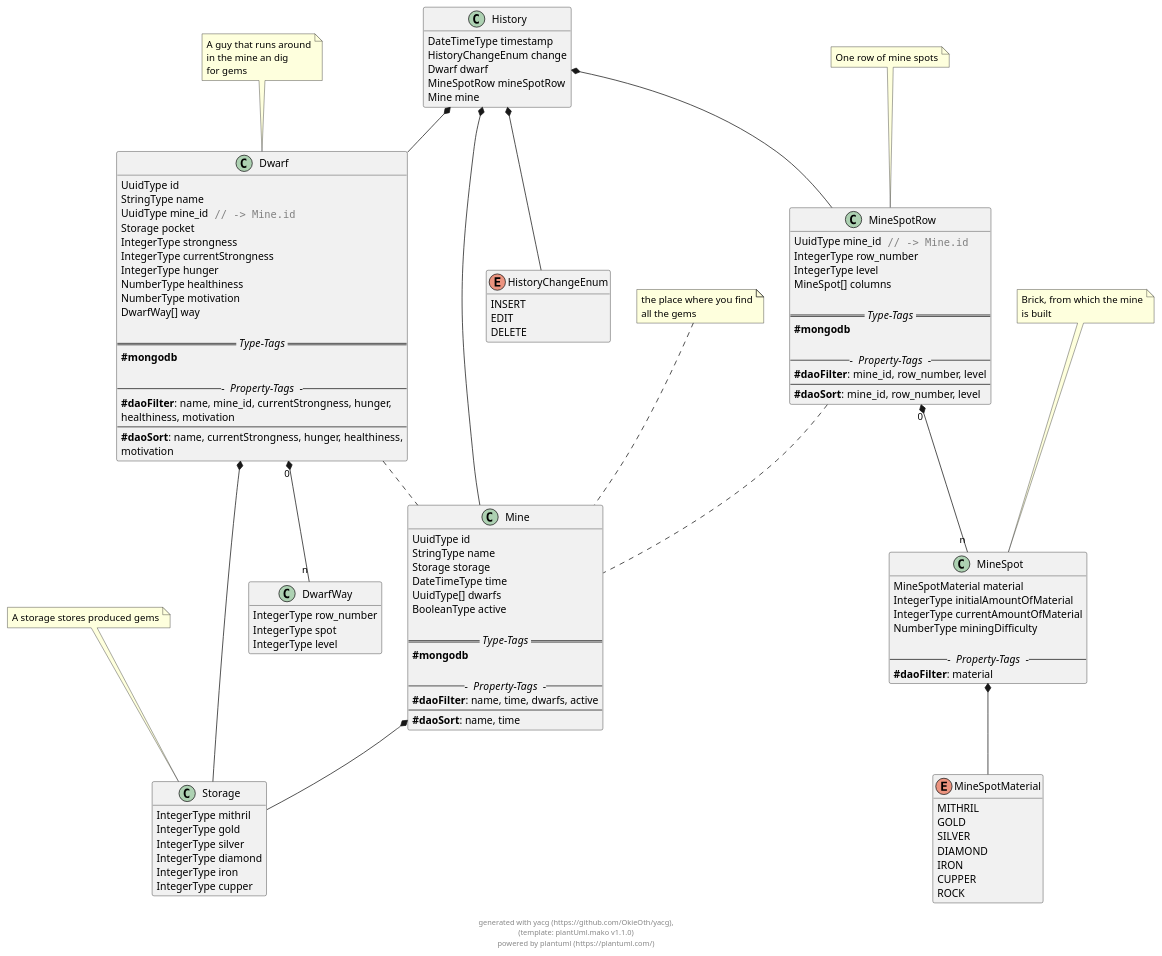
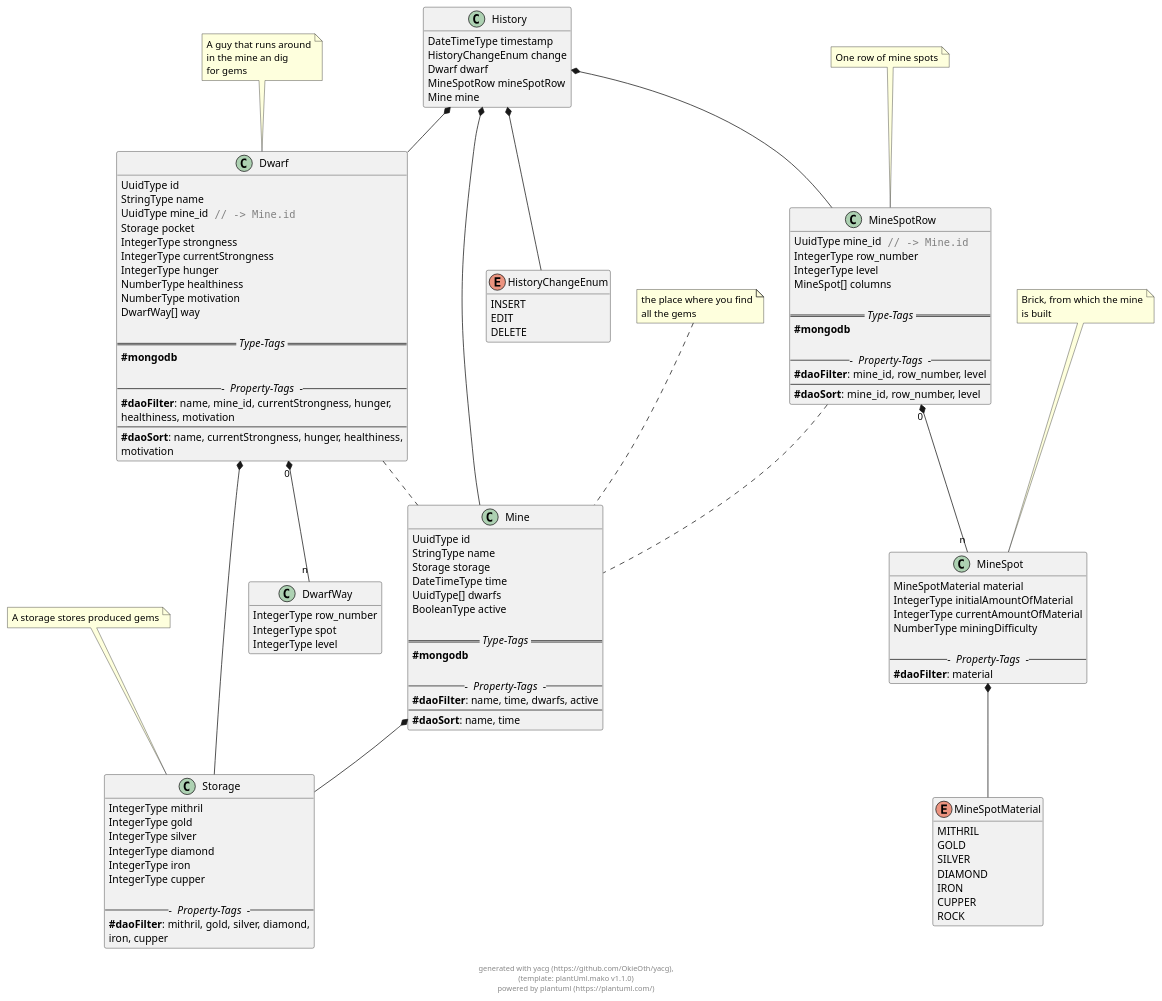
The diagram in docs/generated/nibelheim.puml (OkieOth/nibelheim_ts), drawn with PlantUML before and after one commit. The commit also changed 2 other files, not shown here.

Commit message:
refactor dao_find_types template

```diff
--- a/docs/generated/nibelheim.puml
+++ b/docs/generated/nibelheim.puml
@@ -2,197 +2,200 @@
 @startuml
 hide empty methods
 
 class Mine {
         UuidType id
         StringType name
         Storage storage
         DateTimeType time
         UuidType[] dwarfs
         BooleanType active
 
         == // Type-Tags // ==
         **#mongodb**
         
         --- // Property-Tags // ---
         **#daoFilter**: name, time, dwarfs, active
         --
         **#daoSort**: name, time
 }
 
 note top: the place where you find\nall the gems
 
 class Storage {
         IntegerType mithril
         IntegerType gold
         IntegerType silver
         IntegerType diamond
         IntegerType iron
         IntegerType cupper
         
+        --- // Property-Tags // ---
+        **#daoFilter**: mithril, gold, silver, diamond, 
+iron, cupper
 }
 
 note top: A storage stores produced gems
 
 enum MineSpotMaterial {
     MITHRIL
     GOLD
     SILVER
     DIAMOND
     IRON
     CUPPER
     ROCK
 }
 
 
 class MineSpot {
         MineSpotMaterial material
         IntegerType initialAmountOfMaterial
         IntegerType currentAmountOfMaterial
         NumberType miningDifficulty
         
         --- // Property-Tags // ---
         **#daoFilter**: material
 }
 
 note top: Brick, from which the mine\nis built
 
 class MineSpotRow {
         UuidType mine_id<color:grey>"" // -> Mine.id""</color>
         IntegerType row_number
         IntegerType level
         MineSpot[] columns
 
         == // Type-Tags // ==
         **#mongodb**
         
         --- // Property-Tags // ---
         **#daoFilter**: mine_id, row_number, level
         --
         **#daoSort**: mine_id, row_number, level
 }
 
 note top: One row of mine spots
 
 class Dwarf {
         UuidType id
         StringType name
         UuidType mine_id<color:grey>"" // -> Mine.id""</color>
         Storage pocket
         IntegerType strongness
         IntegerType currentStrongness
         IntegerType hunger
         NumberType healthiness
         NumberType motivation
         DwarfWay[] way
 
         == // Type-Tags // ==
         **#mongodb**
         
         --- // Property-Tags // ---
         **#daoFilter**: name, mine_id, currentStrongness, hunger, 
 healthiness, motivation
         --
         **#daoSort**: name, currentStrongness, hunger, healthiness, 
 motivation
 }
 
 note top: A guy that runs around\nin the mine an dig\nfor gems
 
 class DwarfWay {
         IntegerType row_number
         IntegerType spot
         IntegerType level
         
 }
 
 
 class History {
         DateTimeType timestamp
         HistoryChangeEnum change
         Dwarf dwarf
         MineSpotRow mineSpotRow
         Mine mine
         
 }
 
 
 enum HistoryChangeEnum {
     INSERT
     EDIT
     DELETE
 }
 
 
 
     
 
 
 Mine  *--  Storage
             
 
 
 
 
     
 
 
 
 
 
 
     
     
 MineSpot  *--  MineSpotMaterial
             
 
 
 
 
     
 
 MineSpotRow .. Mine
             
 
 
 MineSpotRow "0" *-- "n" MineSpot
             
 
     
 
 
 
 Dwarf .. Mine
             
 Dwarf  *--  Storage
             
 
 
 
 
 
 
 Dwarf "0" *-- "n" DwarfWay
             
 
     
 
 
 
     
 
 History  *--  HistoryChangeEnum
             
 
 History  *--  Dwarf
             
 
 History  *--  MineSpotRow
             
 
 History  *--  Mine
             
 
     
 
 footer \ngenerated with yacg (https://github.com/OkieOth/yacg),\n(template: plantUml.mako v1.1.0)\npowered by plantuml (https://plantuml.com/)
 @enduml
```
